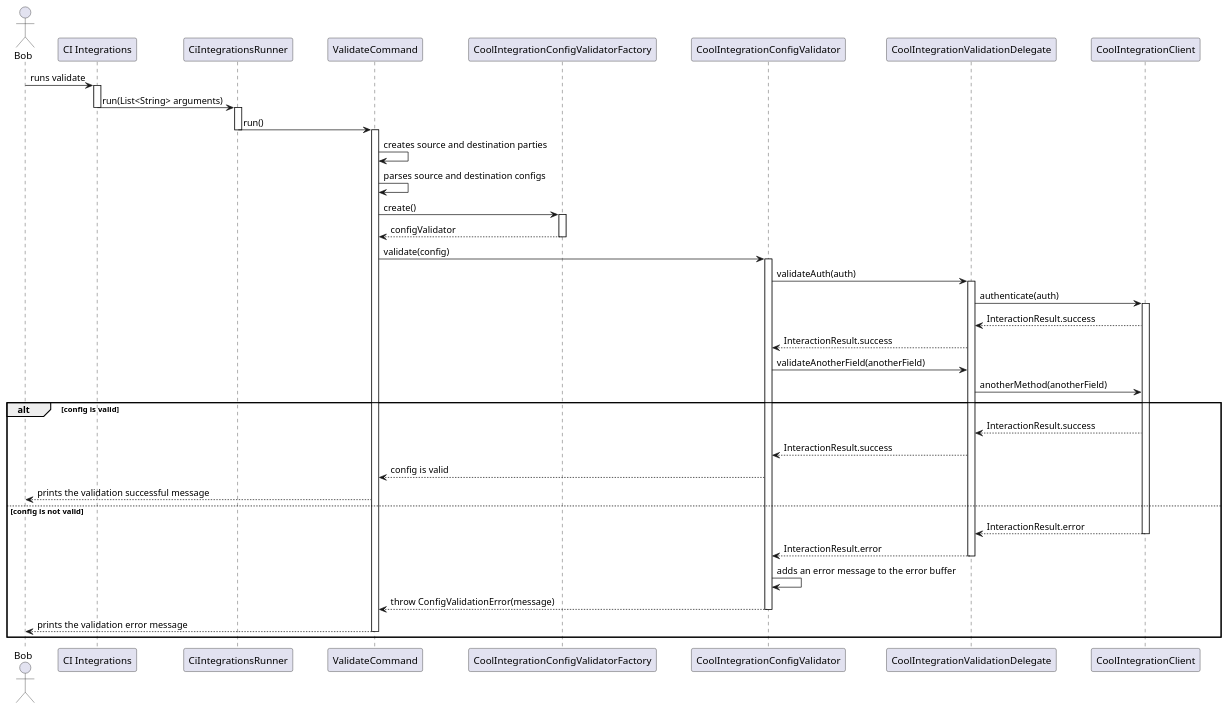
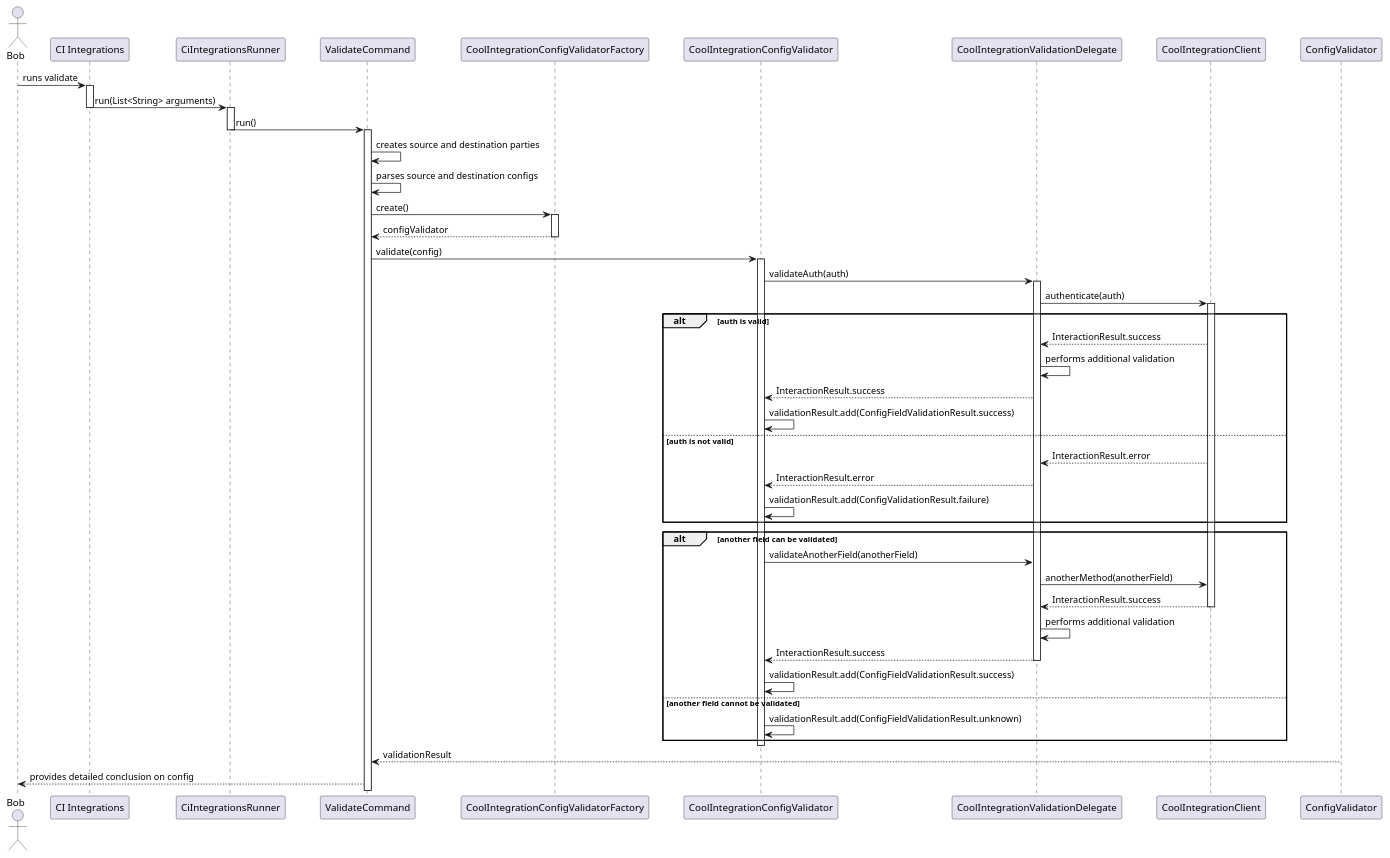
Before and after one commit to Flank/flank-dashboard: the diagram in metrics/ci_integrations/docs/diagrams/ci_integrations_config_validator_sequence_diagram.puml, drawn with PlantUML. The commit also changed 2 other files, not shown here.

Commit message:
Update config validator design

```diff
--- a/metrics/ci_integrations/docs/diagrams/ci_integrations_config_validator_sequence_diagram.puml
+++ b/metrics/ci_integrations/docs/diagrams/ci_integrations_config_validator_sequence_diagram.puml
@@ -1,77 +1,87 @@
 @startuml ci_integrations_config_validator_sequence_diagram
 
 skinparam ParticipantPadding 20
 skinparam BoxPadding 10
 
 actor Bob
 
 participant "CI Integrations"
 participant CiIntegrationsRunner
 participant ValidateCommand
 participant CoolIntegrationConfigValidatorFactory
 participant CoolIntegrationConfigValidator
 participant CoolIntegrationValidationDelegate
 participant CoolIntegrationClient
 
 Bob -> "CI Integrations" : runs validate
 activate "CI Integrations"
 
 "CI Integrations" -> CiIntegrationsRunner: run(List<String> arguments)
 deactivate "CI Integrations"
 activate CiIntegrationsRunner
 
 CiIntegrationsRunner -> ValidateCommand: run()
 deactivate CiIntegrationsRunner
 activate ValidateCommand
 
 ValidateCommand -> ValidateCommand : creates source and destination parties
 ValidateCommand -> ValidateCommand : parses source and destination configs
 
 ValidateCommand -> CoolIntegrationConfigValidatorFactory : create()
 activate CoolIntegrationConfigValidatorFactory
 
 CoolIntegrationConfigValidatorFactory --> ValidateCommand : configValidator
 deactivate CoolIntegrationConfigValidatorFactory
 
 ValidateCommand -> CoolIntegrationConfigValidator : validate(config)
 activate CoolIntegrationConfigValidator
 
 CoolIntegrationConfigValidator -> CoolIntegrationValidationDelegate : validateAuth(auth)
 activate CoolIntegrationValidationDelegate
 
 CoolIntegrationValidationDelegate -> CoolIntegrationClient : authenticate(auth)
 activate  CoolIntegrationClient
 
-CoolIntegrationClient --> CoolIntegrationValidationDelegate : InteractionResult.success
-CoolIntegrationValidationDelegate --> CoolIntegrationConfigValidator : InteractionResult.success
-
-CoolIntegrationConfigValidator -> CoolIntegrationValidationDelegate : validateAnotherField(anotherField)
-CoolIntegrationValidationDelegate -> CoolIntegrationClient : anotherMethod(anotherField)
-
-alt config is valid
+alt auth is valid
 
     CoolIntegrationClient --> CoolIntegrationValidationDelegate : InteractionResult.success
+    CoolIntegrationValidationDelegate -> CoolIntegrationValidationDelegate : performs additional validation
     CoolIntegrationValidationDelegate --> CoolIntegrationConfigValidator : InteractionResult.success
+    CoolIntegrationConfigValidator -> CoolIntegrationConfigValidator : validationResult.add(ConfigFieldValidationResult.success)
 
-    CoolIntegrationConfigValidator --> ValidateCommand : config is valid
-    ValidateCommand --> Bob : prints the validation successful message
 
-else config is not valid
+else auth is not valid
 
     CoolIntegrationClient --> CoolIntegrationValidationDelegate : InteractionResult.error
-    deactivate CoolIntegrationClient
-
     CoolIntegrationValidationDelegate --> CoolIntegrationConfigValidator : InteractionResult.error
-    deactivate CoolIntegrationValidationDelegate
-
-    CoolIntegrationConfigValidator -> CoolIntegrationConfigValidator : adds an error message to the error buffer
-
-    CoolIntegrationConfigValidator --> ValidateCommand : throw ConfigValidationError(message)
-    deactivate CoolIntegrationConfigValidator
-
-    ValidateCommand --> Bob : prints the validation error message
-    deactivate ValidateCommand
+    CoolIntegrationConfigValidator  -> CoolIntegrationConfigValidator : validationResult.add(ConfigValidationResult.failure)
 
 end
 
+
+alt another field can be validated
+
+    CoolIntegrationConfigValidator -> CoolIntegrationValidationDelegate : validateAnotherField(anotherField)
+    CoolIntegrationValidationDelegate -> CoolIntegrationClient : anotherMethod(anotherField)
+
+    CoolIntegrationClient --> CoolIntegrationValidationDelegate : InteractionResult.success
+    deactivate CoolIntegrationClient
+
+    CoolIntegrationValidationDelegate -> CoolIntegrationValidationDelegate : performs additional validation
+    CoolIntegrationValidationDelegate --> CoolIntegrationConfigValidator : InteractionResult.success
+    deactivate CoolIntegrationValidationDelegate
+
+    CoolIntegrationConfigValidator -> CoolIntegrationConfigValidator : validationResult.add(ConfigFieldValidationResult.success)
+
+else another field cannot be validated
+
+    CoolIntegrationConfigValidator -> CoolIntegrationConfigValidator : validationResult.add(ConfigFieldValidationResult.unknown)
+
+end
+
+deactivate CoolIntegrationConfigValidator
+
+ConfigValidator --> ValidateCommand : validationResult
+ValidateCommand --> Bob : provides detailed conclusion on config
+
 @enduml
```
